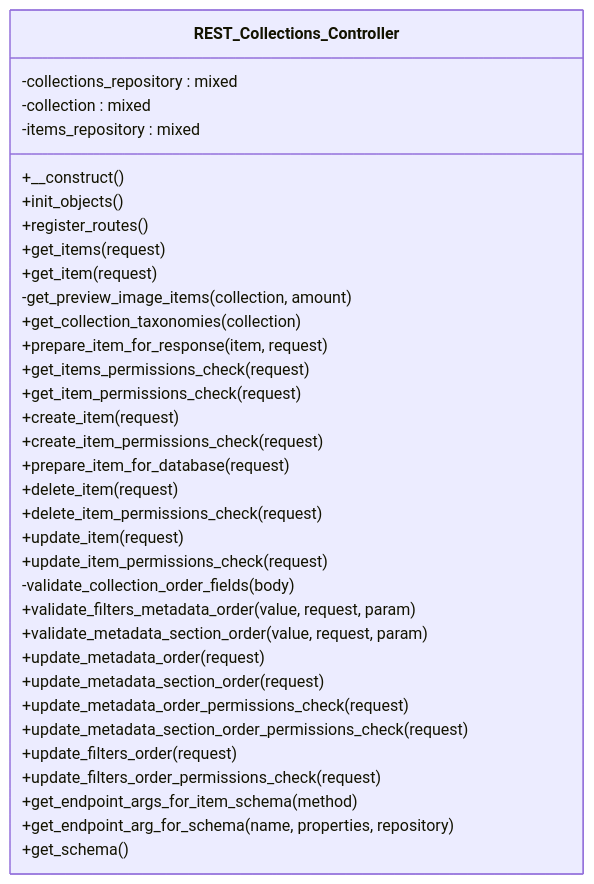
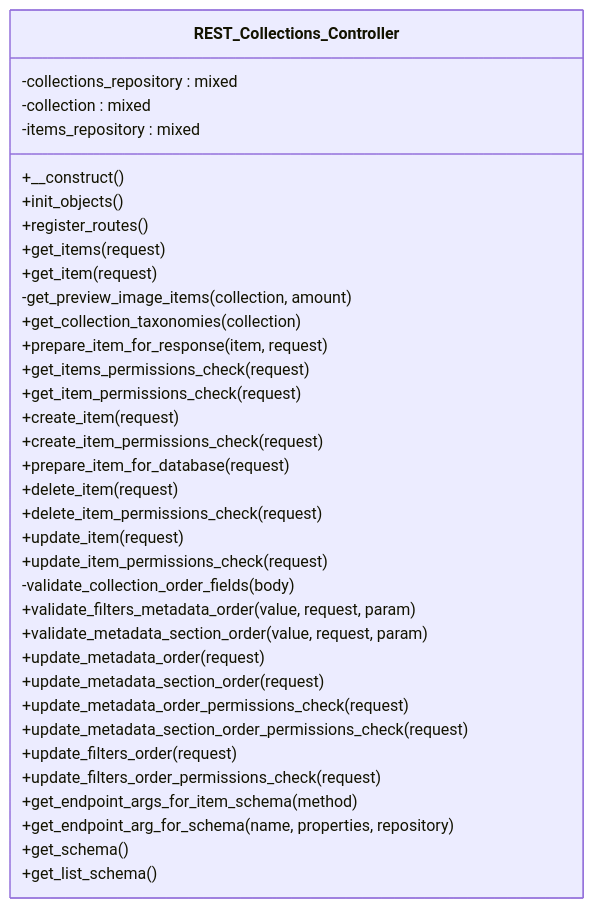
The diagram in docs/phpdoc/classes/Tainacan/API/EndPoints/REST_Collections_Controller.md (tainacan/tainacan), drawn with Mermaid before and after one commit. The commit also changed other lines of this file and 35 other files, not shown here.

````diff
--- a/docs/phpdoc/classes/Tainacan/API/EndPoints/REST_Collections_Controller.md
+++ b/docs/phpdoc/classes/Tainacan/API/EndPoints/REST_Collections_Controller.md
@@ -15,38 +15,39 @@
 ```mermaid
 classDiagram
     direction TB
     class REST_Collections_Controller {
         -collections_repository : mixed
         -collection : mixed
         -items_repository : mixed
         +__construct()
         +init_objects()
         +register_routes()
         +get_items(request)
         +get_item(request)
         -get_preview_image_items(collection, amount)
         +get_collection_taxonomies(collection)
         +prepare_item_for_response(item, request)
         +get_items_permissions_check(request)
         +get_item_permissions_check(request)
         +create_item(request)
         +create_item_permissions_check(request)
         +prepare_item_for_database(request)
         +delete_item(request)
         +delete_item_permissions_check(request)
         +update_item(request)
         +update_item_permissions_check(request)
         -validate_collection_order_fields(body)
         +validate_filters_metadata_order(value, request, param)
         +validate_metadata_section_order(value, request, param)
         +update_metadata_order(request)
         +update_metadata_section_order(request)
         +update_metadata_order_permissions_check(request)
         +update_metadata_section_order_permissions_check(request)
         +update_filters_order(request)
         +update_filters_order_permissions_check(request)
         +get_endpoint_args_for_item_schema(method)
         +get_endpoint_arg_for_schema(name, properties, repository)
         +get_schema()
+        +get_list_schema()
     }
 ```
````
